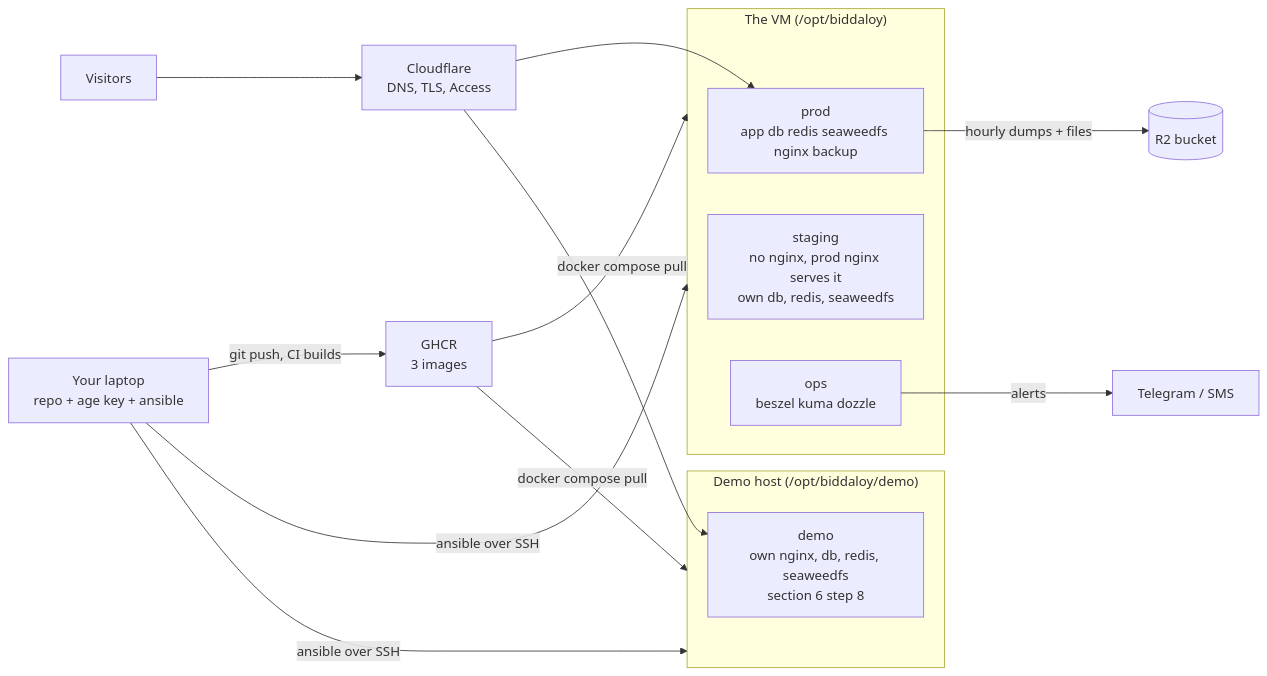
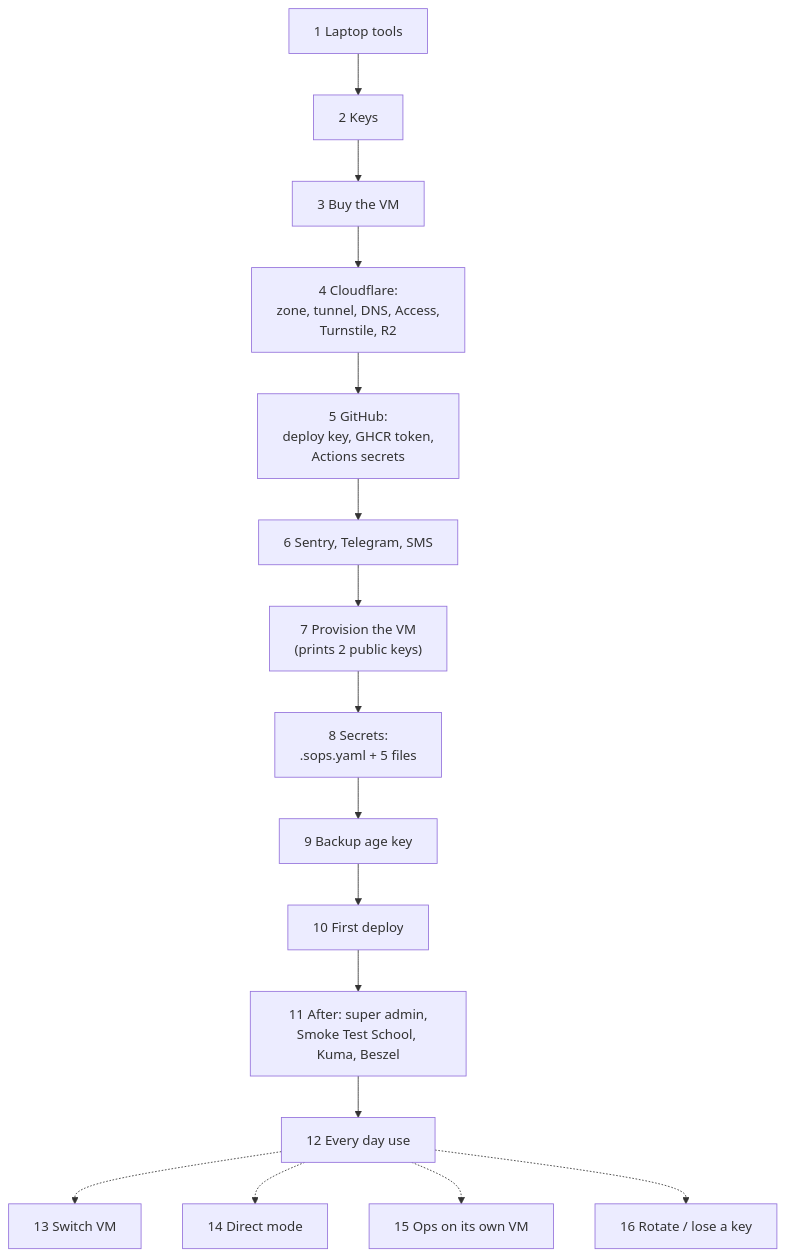
One commit to tareq89/biddaloy changed the first of 8 diagrams in docs/architecture/28-platform-runbook.md. Above: the diagram before and after it, drawn with Mermaid. The commit also changed other lines of this file and 1 other file, not shown here.

````diff
--- a/docs/architecture/28-platform-runbook.md
+++ b/docs/architecture/28-platform-runbook.md
@@ -27,20 +42,18 @@
 ```mermaid
-flowchart LR
-  L["Your laptop<br/>repo + age key + ansible"] -->|"git push, CI builds"| G["GHCR<br/>3 images"]
-  L -->|"ansible over SSH"| VM
-  L -->|"ansible over SSH"| DH
-  subgraph VM["The VM (/opt/biddaloy)"]
-    P["prod<br/>app db redis seaweedfs nginx backup"]
-    S["staging<br/>no nginx, prod nginx serves it<br/>own db, redis, seaweedfs"]
-    O["ops<br/>beszel kuma dozzle"]
-  end
-  subgraph DH["Demo host (/opt/biddaloy/demo)"]
-    D["demo<br/>own nginx, db, redis, seaweedfs<br/>section 6 step 8"]
-  end
-  G -->|"docker compose pull"| VM
-  G -->|"docker compose pull"| DH
-  U["Visitors"] --> CF["Cloudflare<br/>DNS, TLS, Access"] --> P
-  CF --> D
-  P -->|"hourly dumps + files"| R2[("R2 bucket")]
-  O -->|"alerts"| T["Telegram / SMS"]
+flowchart TD
+  P1["1 Laptop tools"] --> P2["2 Keys"]
+  P2 --> P3["3 Buy the VM"]
+  P3 --> P4["4 Cloudflare:<br/>zone, tunnel, DNS, Access,<br/>Turnstile, R2"]
+  P4 --> P5["5 GitHub:<br/>deploy key, GHCR token,<br/>Actions secrets"]
+  P5 --> P6["6 Sentry, Telegram, SMS"]
+  P6 --> P7["7 Provision the VM<br/>(prints 2 public keys)"]
+  P7 --> P8["8 Secrets:<br/>.sops.yaml + 5 files"]
+  P8 --> P9["9 Backup age key"]
+  P9 --> P10["10 First deploy"]
+  P10 --> P11["11 After: super admin,<br/>Smoke Test School, Kuma, Beszel"]
+  P11 --> P12["12 Every day use"]
+  P12 -.-> P13["13 Switch VM"]
+  P12 -.-> P14["14 Direct mode"]
+  P12 -.-> P15["15 Ops on its own VM"]
+  P12 -.-> P16["16 Rotate / lose a key"]
 ```
````
